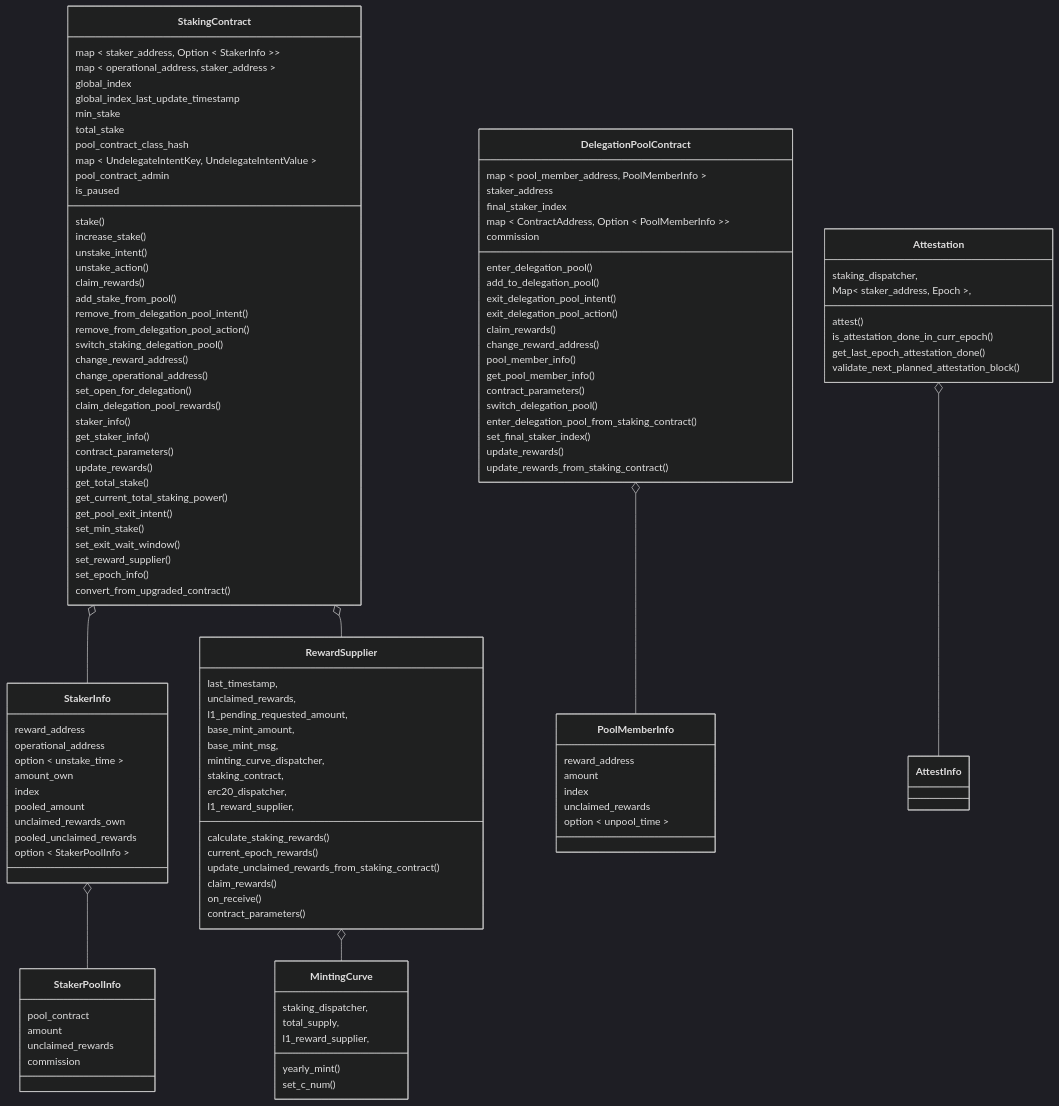
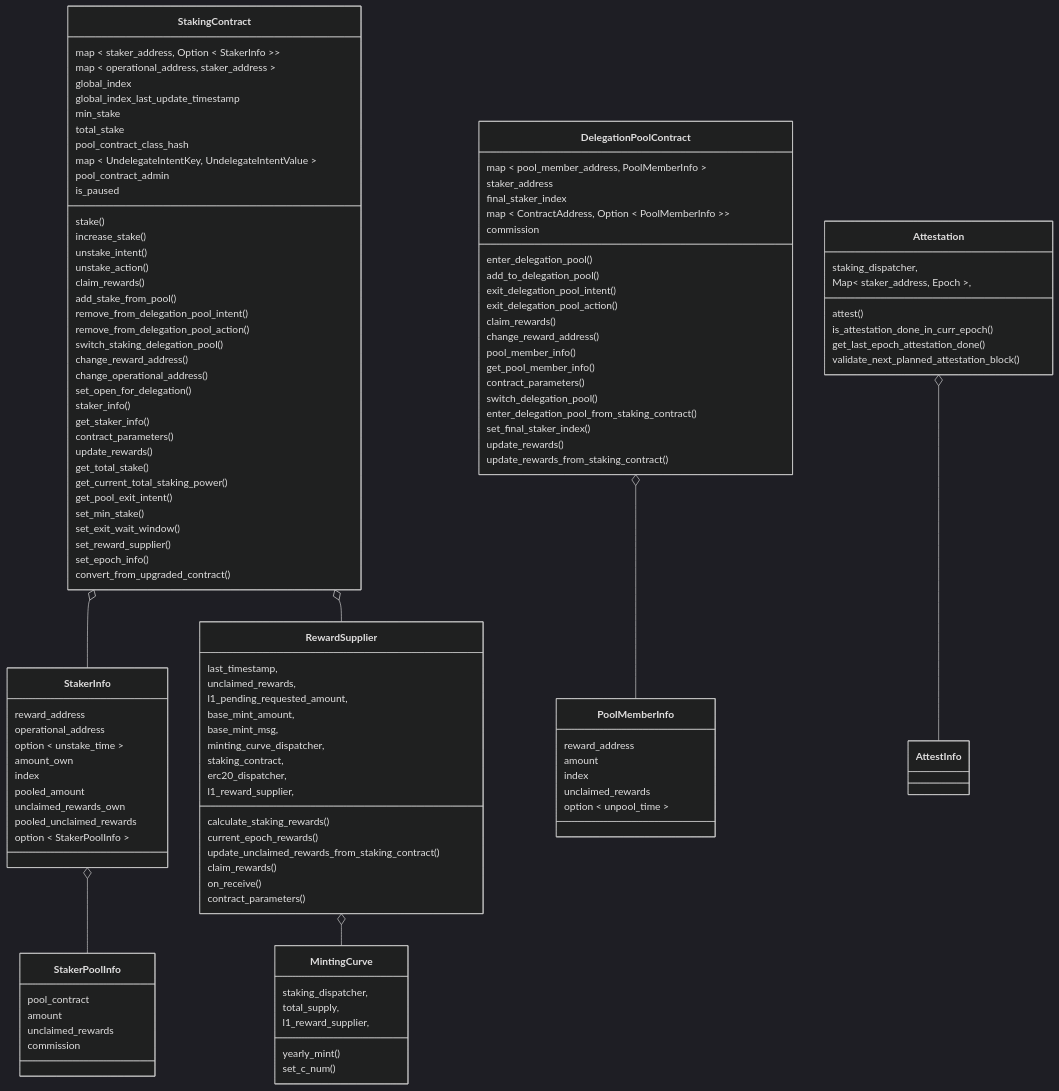
Before and after one commit to starkware-libs/starknet-staking: the first of 8 diagrams in workspace/apps/staking/docs/spec.md, drawn with Mermaid (dark theme). The commit also changed other lines of this file and 5 other files, not shown here.

Commit message:
feat(staking): remove claim_delegation_pool_rewards function (#3495)

```diff
--- a/workspace/apps/staking/docs/spec.md
+++ b/workspace/apps/staking/docs/spec.md
@@ -213,7 +212,6 @@
     change_reward_address()
     change_operational_address()
     set_open_for_delegation()
-    claim_delegation_pool_rewards()
     staker_info()
     get_staker_info()
     contract_parameters()
```
